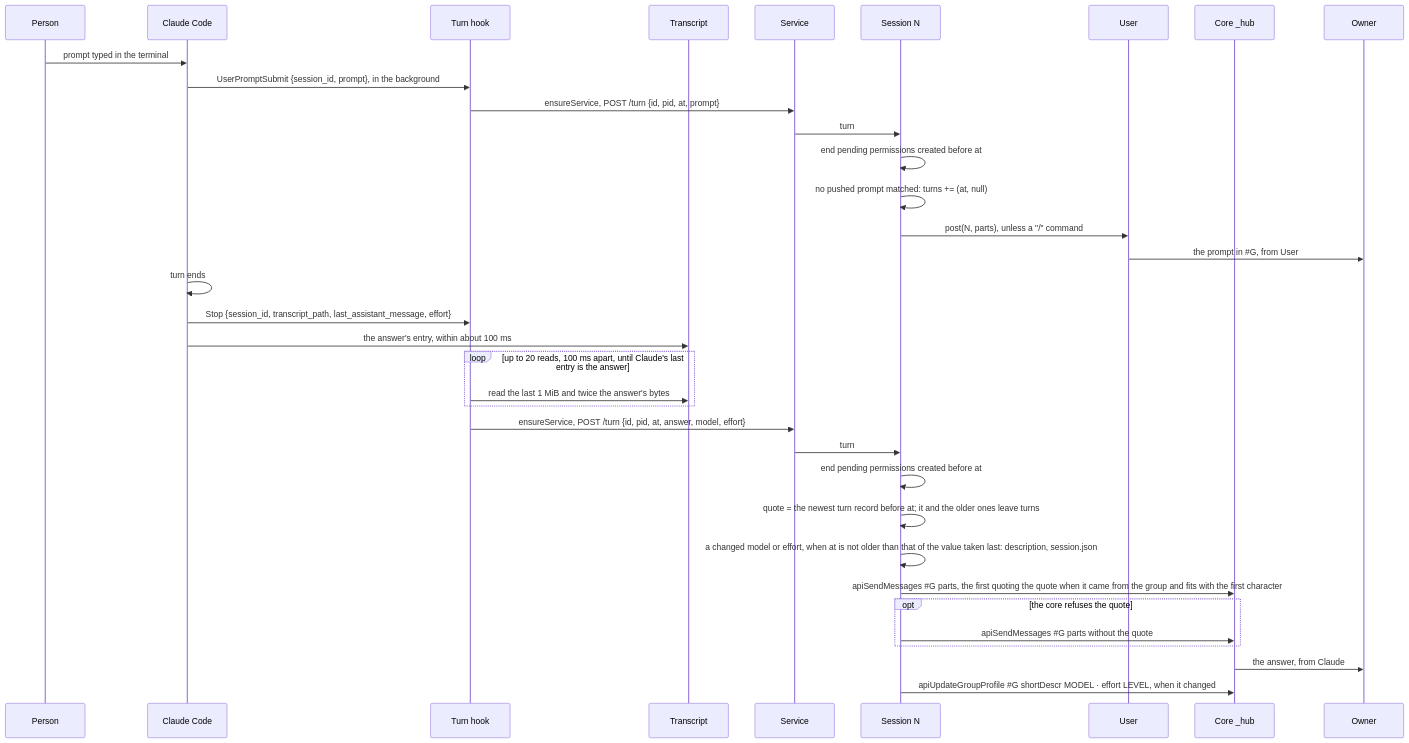
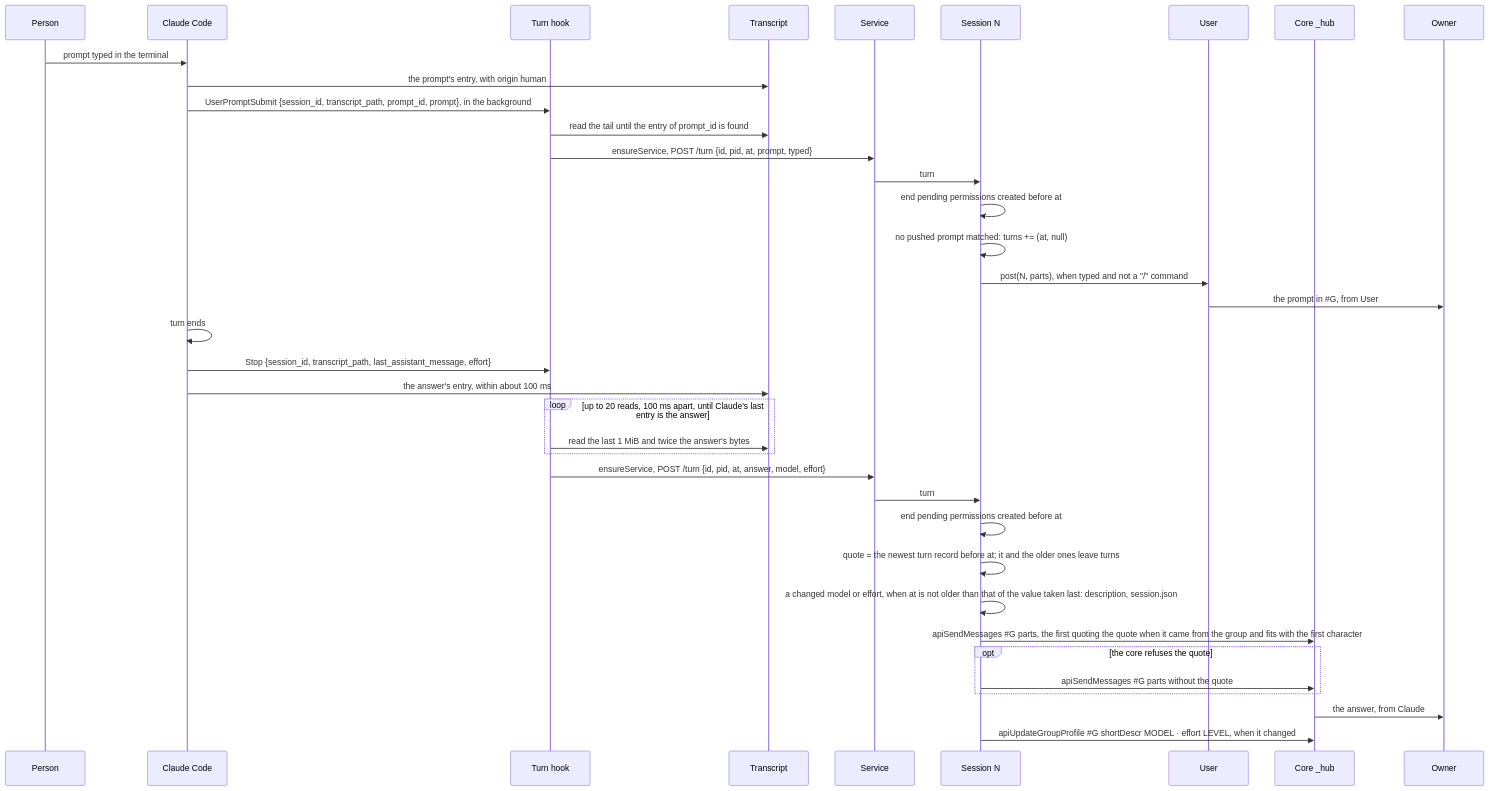
Before and after one commit to simplex-chat/simplex-chat: diagram 21 of 30 in packages/simplex-chat-mcp/spec/flows.md, drawn with Mermaid. The commit also changed other lines of this file and 11 other files, not shown here.

Commit message:
mcp: User posts only prompts a person typed, not Claude Code's own

````diff
--- a/packages/simplex-chat-mcp/spec/flows.md
+++ b/packages/simplex-chat-mcp/spec/flows.md
@@ -961,37 +961,39 @@
 ```mermaid
 sequenceDiagram
   participant P as Person
   participant CC as Claude Code
   participant HK as Turn hook
   participant T as Transcript
   participant D as Service
   participant N as Session N
   participant U as User
   participant C as Core _hub
   participant O as Owner
   P->>CC: prompt typed in the terminal
-  CC->>HK: UserPromptSubmit {session_id, prompt}, in the background
-  HK->>D: ensureService, POST /turn {id, pid, at, prompt}
+  CC->>T: the prompt's entry, with origin human
+  CC->>HK: UserPromptSubmit {session_id, transcript_path, prompt_id, prompt}, in the background
+  HK->>T: read the tail until the entry of prompt_id is found
+  HK->>D: ensureService, POST /turn {id, pid, at, prompt, typed}
   D->>N: turn
   N->>N: end pending permissions created before at
   N->>N: no pushed prompt matched: turns += (at, null)
-  N->>U: post(N, parts), unless a "/" command
+  N->>U: post(N, parts), when typed and not a "/" command
   U->>O: the prompt in #35;G, from User
   CC->>CC: turn ends
   CC->>HK: Stop {session_id, transcript_path, last_assistant_message, effort}
   CC->>T: the answer's entry, within about 100 ms
   loop up to 20 reads, 100 ms apart, until Claude's last entry is the answer
     HK->>T: read the last 1 MiB and twice the answer's bytes
   end
   HK->>D: ensureService, POST /turn {id, pid, at, answer, model, effort}
   D->>N: turn
   N->>N: end pending permissions created before at
   N->>N: quote = the newest turn record before at#59; it and the older ones leave turns
   N->>N: a changed model or effort, when at is not older than that of the value taken last: description, session.json
   N->>C: apiSendMessages #35;G parts, the first quoting the quote when it came from the group and fits with the first character
   opt the core refuses the quote
     N->>C: apiSendMessages #35;G parts without the quote
   end
   C->>O: the answer, from Claude
   N->>C: apiUpdateGroupProfile #35;G shortDescr MODEL · effort LEVEL, when it changed
 ```
````
